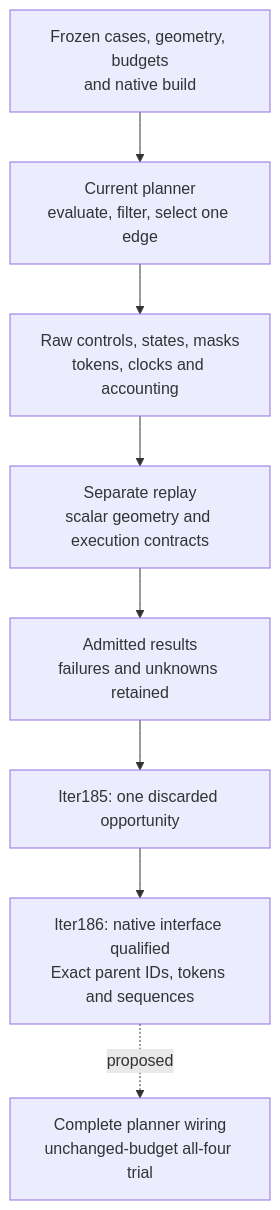
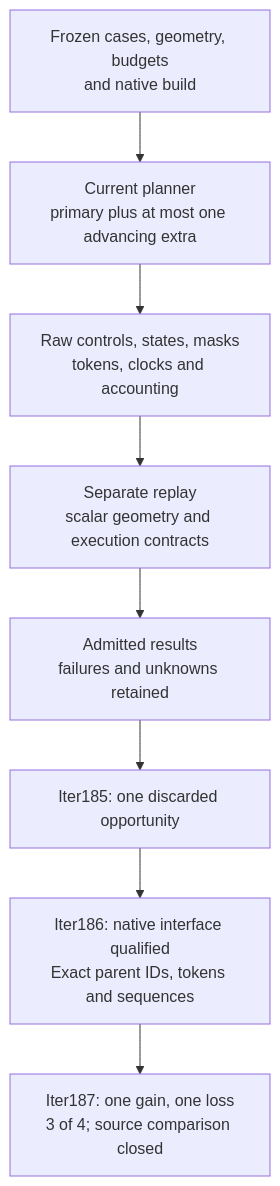
The first of 10 diagrams in docs/ARCHITECTURE.md (manfromnowhere143/sentinel), drawn with Mermaid before and after one commit. The commit also changed other lines of this file and 19 other files, not shown here.

Commit message:
Close integrated retention trial with one gained and one lost case

````diff
--- a/docs/ARCHITECTURE.md
+++ b/docs/ARCHITECTURE.md
@@ -17,12 +17,12 @@
 ```mermaid
 flowchart TB
   accTitle: Current search evidence and native branch qualification
-  accDescr: Frozen source produces raw records before separate replay. Iter186 qualifies explicit native branch identities; the integrated trial remains proposed.
-  S["Frozen cases, geometry, budgets<br/>and native build"] --> P["Current planner<br/>evaluate, filter, select one edge"]
+  accDescr: Frozen source produces raw records before separate replay. Iter186 qualifies explicit native branch identities; Iter187 tests the integrated rule with one gain and one loss.
+  S["Frozen cases, geometry, budgets<br/>and native build"] --> P["Current planner<br/>primary plus at most one advancing extra"]
   P --> R["Raw controls, states, masks<br/>tokens, clocks and accounting"]
   R --> V["Separate replay<br/>scalar geometry and execution contracts"]
   V --> A["Admitted results<br/>failures and unknowns retained"]
   A --> D["Iter185: one discarded opportunity"]
   D --> B["Iter186: native interface qualified<br/>Exact parent IDs, tokens and sequences"]
-  B -. "proposed" .-> Q["Complete planner wiring<br/>unchanged-budget all-four trial"]
+  B --> Q["Iter187: one gain, one loss<br/>3 of 4; source comparison closed"]
 ```
````
